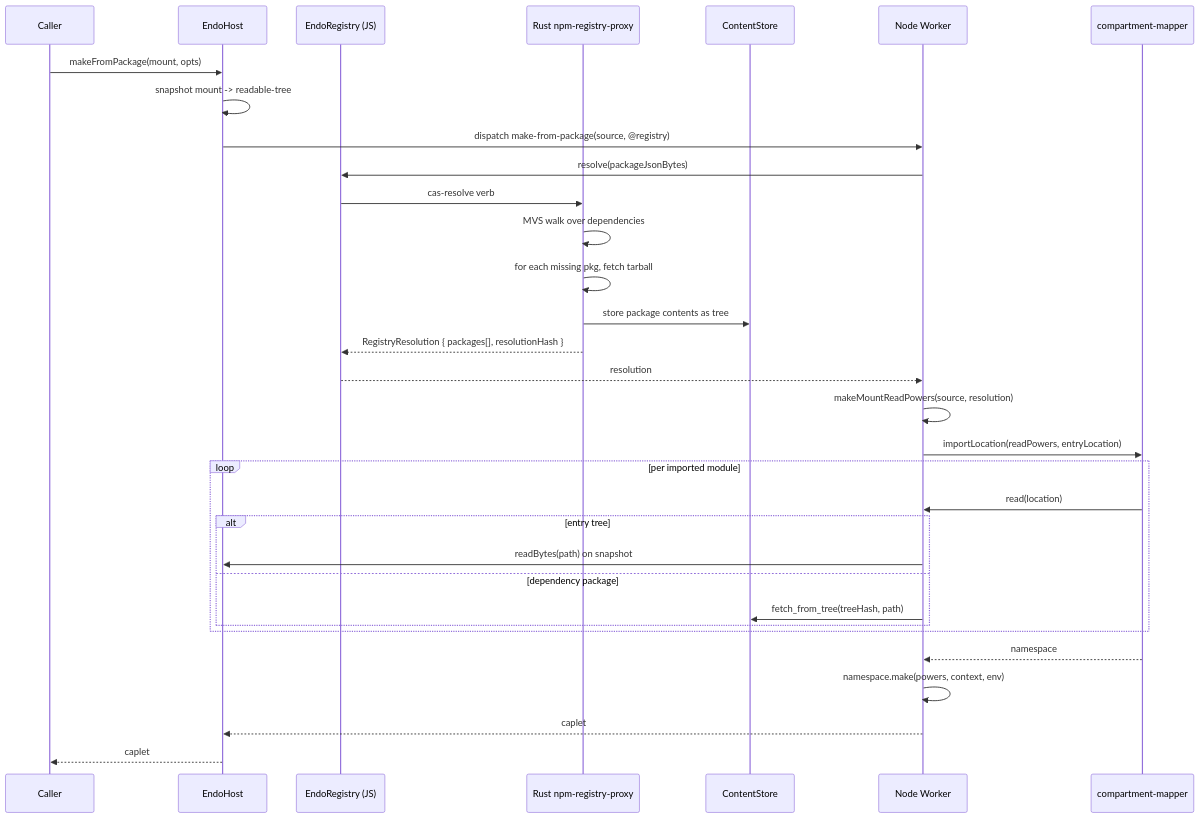
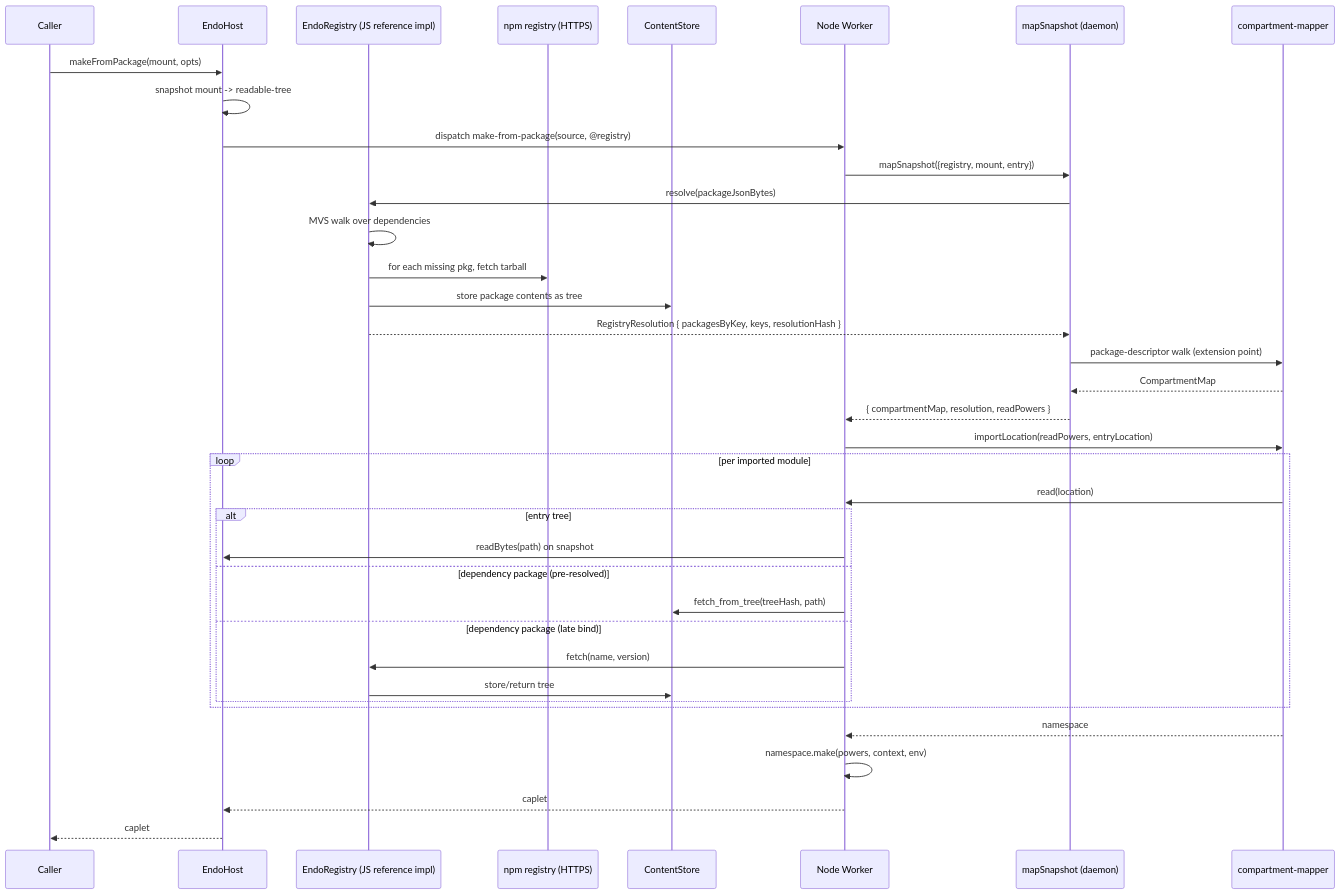
Before and after one commit to jbotson/endo-but-for-bots: the diagram in designs/daemon-worker-import-from-mount.md, drawn with Mermaid. The commit also changed other lines of this file and 1 other file, not shown here.

First line of the commit message:
design(daemon-worker-import-from-mount): address kriskowal review on #358

````diff
--- a/designs/daemon-worker-import-from-mount.md
+++ b/designs/daemon-worker-import-from-mount.md
@@ -736,35 +864,40 @@
 ```mermaid
 sequenceDiagram
     participant Caller
     participant Host as EndoHost
-    participant Reg as EndoRegistry (JS)
-    participant Rust as Rust npm-registry-proxy
+    participant Reg as EndoRegistry (JS reference impl)
+    participant Net as npm registry (HTTPS)
     participant CAS as ContentStore
     participant Worker as Node Worker
+    participant MS as mapSnapshot (daemon)
     participant CM as compartment-mapper
 
     Caller->>Host: makeFromPackage(mount, opts)
     Host->>Host: snapshot mount -> readable-tree
     Host->>Worker: dispatch make-from-package(source, @registry)
-    Worker->>Reg: resolve(packageJsonBytes)
-    Reg->>Rust: cas-resolve verb
-    Rust->>Rust: MVS walk over dependencies
-    Rust->>Rust: for each missing pkg, fetch tarball
-    Rust->>CAS: store package contents as tree
-    Rust-->>Reg: RegistryResolution { packages[], resolutionHash }
-    Reg-->>Worker: resolution
-    Worker->>Worker: makeMountReadPowers(source, resolution)
+    Worker->>MS: mapSnapshot({registry, mount, entry})
+    MS->>Reg: resolve(packageJsonBytes)
+    Reg->>Reg: MVS walk over dependencies
+    Reg->>Net: for each missing pkg, fetch tarball
+    Reg->>CAS: store package contents as tree
+    Reg-->>MS: RegistryResolution { packagesByKey, keys, resolutionHash }
+    MS->>CM: package-descriptor walk (extension point)
+    CM-->>MS: CompartmentMap
+    MS-->>Worker: { compartmentMap, resolution, readPowers }
     Worker->>CM: importLocation(readPowers, entryLocation)
     loop per imported module
         CM->>Worker: read(location)
         alt entry tree
             Worker->>Host: readBytes(path) on snapshot
-        else dependency package
+        else dependency package (pre-resolved)
             Worker->>CAS: fetch_from_tree(treeHash, path)
+        else dependency package (late bind)
+            Worker->>Reg: fetch(name, version)
+            Reg->>CAS: store/return tree
         end
     end
     CM-->>Worker: namespace
     Worker->>Worker: namespace.make(powers, context, env)
     Worker-->>Host: caplet
     Host-->>Caller: caplet
 ```
````
